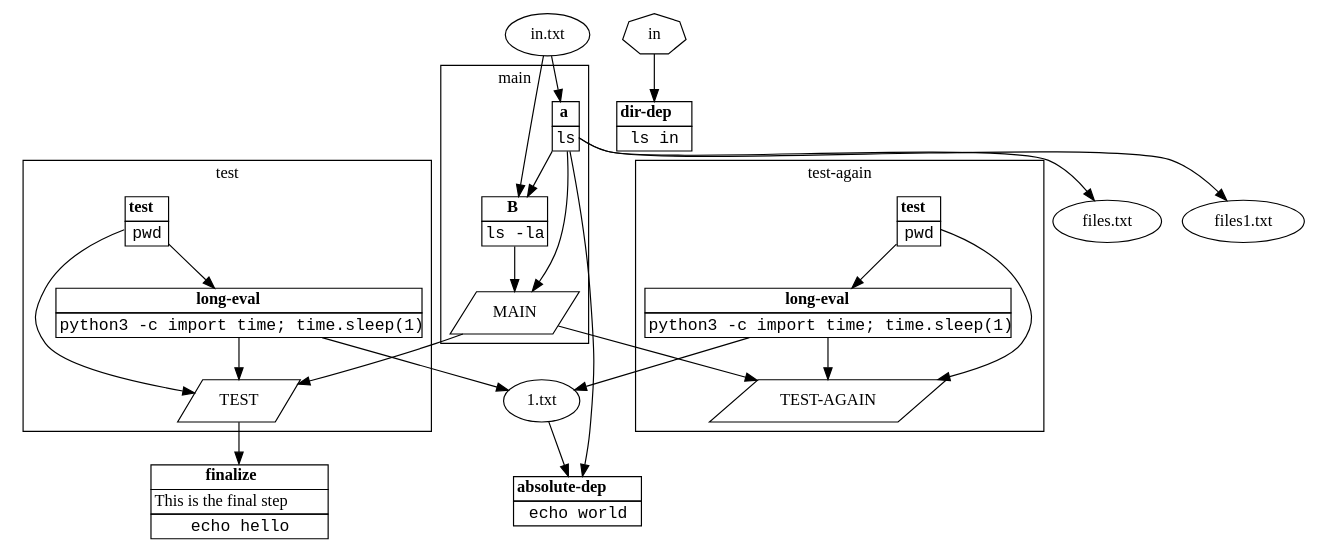
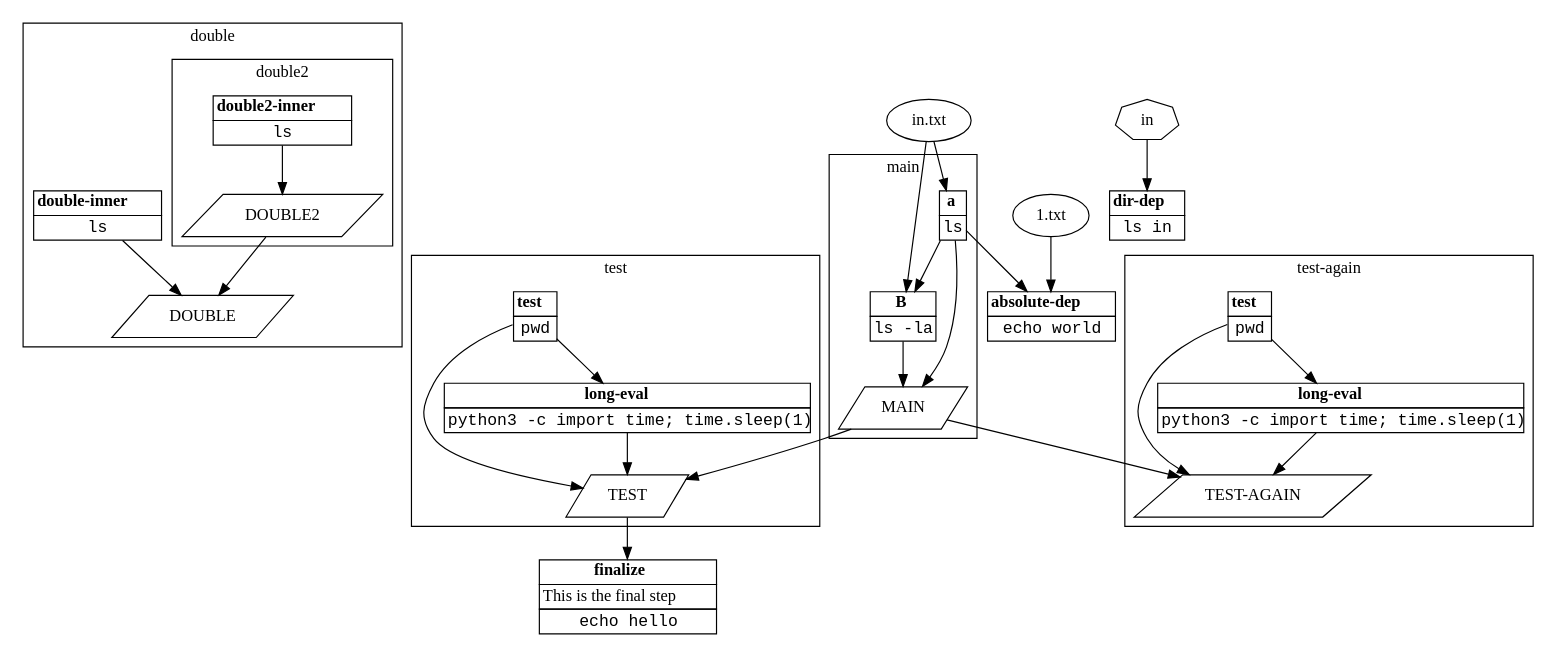
The diagram in examples/example/graph.dot (tivvit/yap), drawn with Graphviz before and after one commit. The commit also changed 9 other files, not shown here.

```diff
--- a/examples/example/graph.dot
+++ b/examples/example/graph.dot
@@ -1,54 +1,63 @@
 digraph  {
 	subgraph cluster_s0 {
 		ID = "cluster_s0";
+		subgraph cluster_s0 {
+			ID = "cluster_s0";
+			label="double2";
+			n2[label="DOUBLE2",shape="parallelogram"];
+			n3[label=<<table border="0" cellborder="1" cellspacing="0"><tr><td><b>double2-inner</b></td></tr><tr><td><font face="Courier New, Courier, monospace">ls</font></td></tr></table>>,shape="plain"];
+			
+		}label="double";
+		n1[label="DOUBLE",shape="parallelogram"];
+		n4[label=<<table border="0" cellborder="1" cellspacing="0"><tr><td><b>double-inner</b></td></tr><tr><td><font face="Courier New, Courier, monospace">ls</font></td></tr></table>>,shape="plain"];
+		
+	}subgraph cluster_s2 {
+		ID = "cluster_s2";
 		label="main";
-		n3[label=<<table border="0" cellborder="1" cellspacing="0"><tr><td><b>B</b></td></tr><tr><td><font face="Courier New, Courier, monospace">ls -la</font></td></tr></table>>,shape="plain"];
-		n2[label="MAIN",shape="parallelogram"];
-		n4[label=<<table border="0" cellborder="1" cellspacing="0"><tr><td><b>a</b></td></tr><tr><td><font face="Courier New, Courier, monospace">ls</font></td></tr></table>>,shape="plain"];
+		n11[label=<<table border="0" cellborder="1" cellspacing="0"><tr><td><b>B</b></td></tr><tr><td><font face="Courier New, Courier, monospace">ls -la</font></td></tr></table>>,shape="plain"];
+		n10[label="MAIN",shape="parallelogram"];
+		n12[label=<<table border="0" cellborder="1" cellspacing="0"><tr><td><b>a</b></td></tr><tr><td><font face="Courier New, Courier, monospace">ls</font></td></tr></table>>,shape="plain"];
 		
 	}subgraph cluster_s1 {
 		ID = "cluster_s1";
 		label="test";
-		n5[label="TEST",shape="parallelogram"];
-		n7[label=<<table border="0" cellborder="1" cellspacing="0"><tr><td><b>long-eval</b></td></tr><tr><td><font face="Courier New, Courier, monospace">python3 -c import time; time.sleep(1)</font></td></tr></table>>,shape="plain"];
-		n6[label=<<table border="0" cellborder="1" cellspacing="0"><tr><td><b>test</b></td></tr><tr><td><font face="Courier New, Courier, monospace">pwd</font></td></tr></table>>,shape="plain"];
+		n6[label="TEST",shape="parallelogram"];
+		n8[label=<<table border="0" cellborder="1" cellspacing="0"><tr><td><b>long-eval</b></td></tr><tr><td><font face="Courier New, Courier, monospace">python3 -c import time; time.sleep(1)</font></td></tr></table>>,shape="plain"];
+		n7[label=<<table border="0" cellborder="1" cellspacing="0"><tr><td><b>test</b></td></tr><tr><td><font face="Courier New, Courier, monospace">pwd</font></td></tr></table>>,shape="plain"];
 		
-	}subgraph cluster_s2 {
-		ID = "cluster_s2";
+	}subgraph cluster_s3 {
+		ID = "cluster_s3";
 		label="test-again";
-		n8[label="TEST-AGAIN",shape="parallelogram"];
-		n10[label=<<table border="0" cellborder="1" cellspacing="0"><tr><td><b>long-eval</b></td></tr><tr><td><font face="Courier New, Courier, monospace">python3 -c import time; time.sleep(1)</font></td></tr></table>>,shape="plain"];
-		n9[label=<<table border="0" cellborder="1" cellspacing="0"><tr><td><b>test</b></td></tr><tr><td><font face="Courier New, Courier, monospace">pwd</font></td></tr></table>>,shape="plain"];
+		n14[label="TEST-AGAIN",shape="parallelogram"];
+		n16[label=<<table border="0" cellborder="1" cellspacing="0"><tr><td><b>long-eval</b></td></tr><tr><td><font face="Courier New, Courier, monospace">python3 -c import time; time.sleep(1)</font></td></tr></table>>,shape="plain"];
+		n15[label=<<table border="0" cellborder="1" cellspacing="0"><tr><td><b>test</b></td></tr><tr><td><font face="Courier New, Courier, monospace">pwd</font></td></tr></table>>,shape="plain"];
 		
 	}
-	n16[label="1.txt",shape="oval"];
-	n12[label=<<table border="0" cellborder="1" cellspacing="0"><tr><td><b>absolute-dep</b></td></tr><tr><td><font face="Courier New, Courier, monospace">echo world</font></td></tr></table>>,shape="plain"];
-	n1[label=<<table border="0" cellborder="1" cellspacing="0"><tr><td><b>dir-dep</b></td></tr><tr><td><font face="Courier New, Courier, monospace">ls in</font></td></tr></table>>,shape="plain"];
-	n13[label="files.txt",shape="oval"];
-	n14[label="files1.txt",shape="oval"];
-	n11[label=<<table border="0" cellborder="1" cellspacing="0"><tr><td><b>finalize</b></td></tr><tr><td>This is the final step</td></tr><tr><td><font face="Courier New, Courier, monospace">echo hello</font></td></tr></table>>,shape="plain"];
-	n17[label="in",shape="septagon"];
-	n15[label="in.txt",shape="oval"];
-	n16->n12;
+	n17[label="1.txt",shape="oval"];
+	n5[label=<<table border="0" cellborder="1" cellspacing="0"><tr><td><b>absolute-dep</b></td></tr><tr><td><font face="Courier New, Courier, monospace">echo world</font></td></tr></table>>,shape="plain"];
+	n9[label=<<table border="0" cellborder="1" cellspacing="0"><tr><td><b>dir-dep</b></td></tr><tr><td><font face="Courier New, Courier, monospace">ls in</font></td></tr></table>>,shape="plain"];
+	n13[label=<<table border="0" cellborder="1" cellspacing="0"><tr><td><b>finalize</b></td></tr><tr><td>This is the final step</td></tr><tr><td><font face="Courier New, Courier, monospace">echo hello</font></td></tr></table>>,shape="plain"];
+	n18[label="in",shape="septagon"];
+	n19[label="in.txt",shape="oval"];
+	n17->n5;
+	n11->n10;
+	n2->n1;
+	n10->n6;
+	n10->n14;
+	n6->n13;
+	n12->n11;
+	n12->n10;
+	n12->n5;
+	n4->n1;
 	n3->n2;
-	n2->n8;
-	n2->n5;
-	n5->n11;
-	n4->n3;
-	n4->n13;
-	n4->n14;
-	n4->n12;
-	n4->n2;
-	n17->n1;
-	n15->n3;
-	n15->n4;
-	n10->n16;
-	n7->n16;
-	n7->n5;
-	n10->n8;
-	n9->n10;
-	n6->n7;
-	n6->n5;
-	n9->n8;
+	n18->n9;
+	n19->n11;
+	n19->n12;
+	n8->n6;
+	n16->n14;
+	n7->n6;
+	n7->n8;
+	n15->n16;
+	n15->n14;
 	
 }
```
